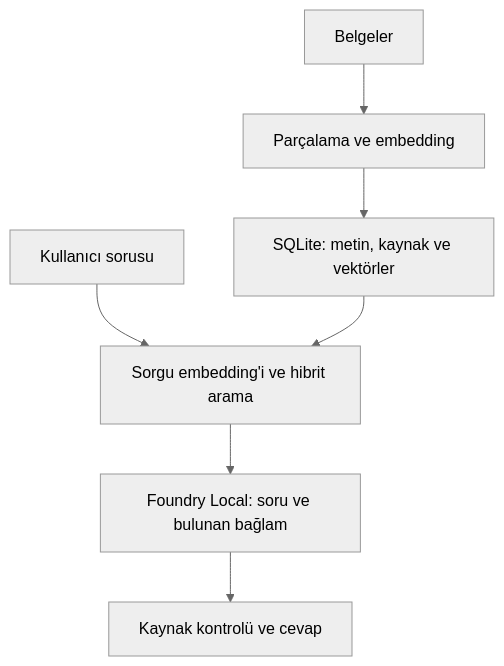
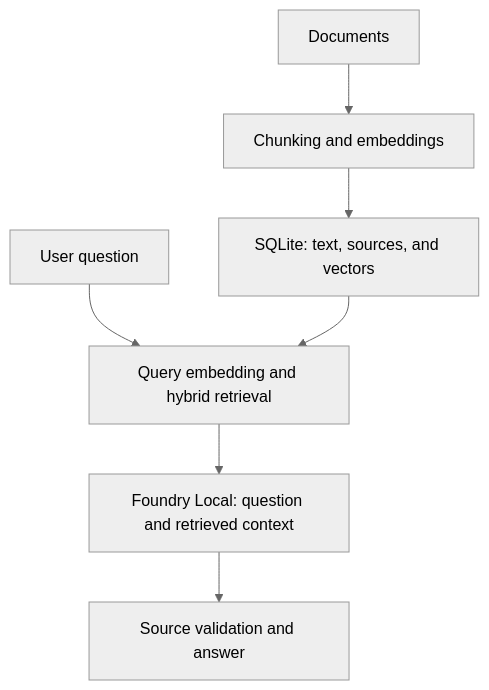
One commit to RaoufAlipour/local-rag-assistant changed the diagram in README.md. Above: the diagram before and after it, drawn with Mermaid (neutral theme). The commit also changed other lines of this file, not shown here.

````diff
--- a/README.md
+++ b/README.md
@@ -132,9 +134,9 @@
 ```mermaid
 flowchart TD
-    D["Belgeler"] --> I["Parçalama ve embedding"]
-    I --> DB["SQLite: metin, kaynak ve vektörler"]
-    Q["Kullanıcı sorusu"] --> R["Sorgu embedding'i ve hibrit arama"]
+    D["Documents"] --> I["Chunking and embeddings"]
+    I --> DB["SQLite: text, sources, and vectors"]
+    Q["User question"] --> R["Query embedding and hybrid retrieval"]
     DB --> R
-    R --> L["Foundry Local: soru ve bulunan bağlam"]
-    L --> A["Kaynak kontrolü ve cevap"]
+    R --> L["Foundry Local: question and retrieved context"]
+    L --> A["Source validation and answer"]
 ```
````
